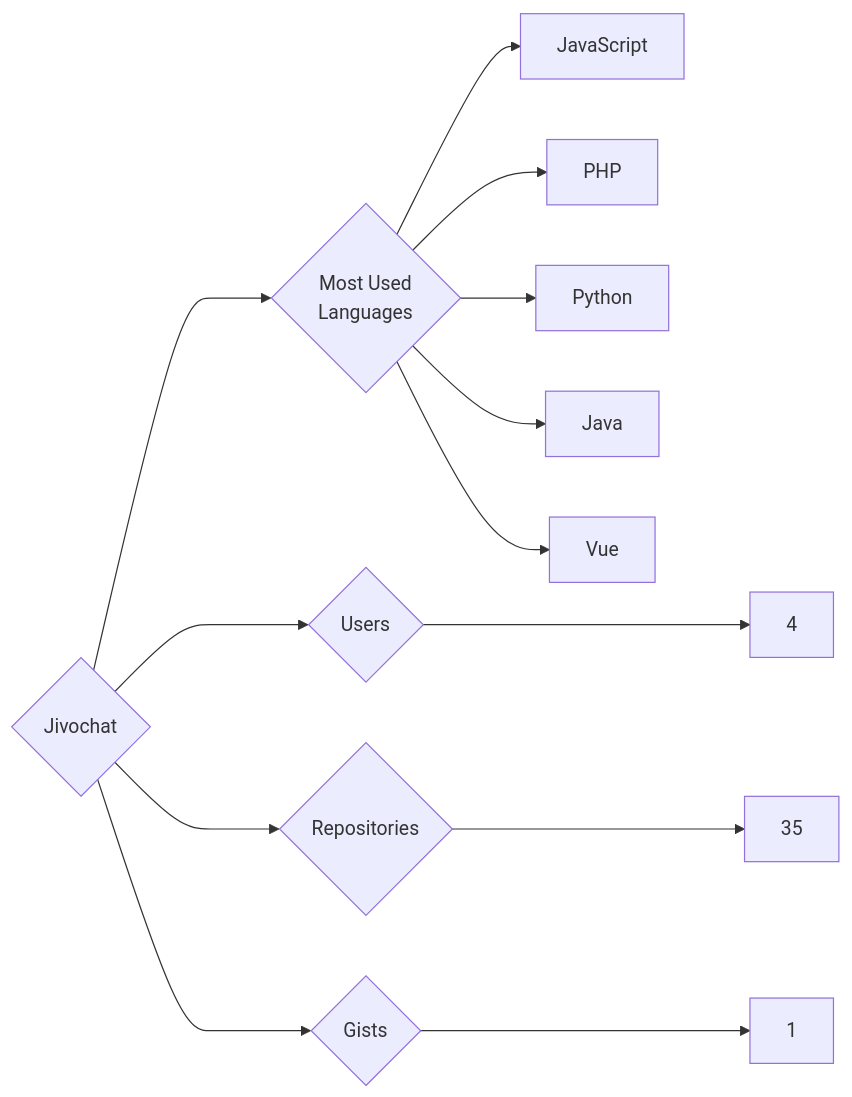
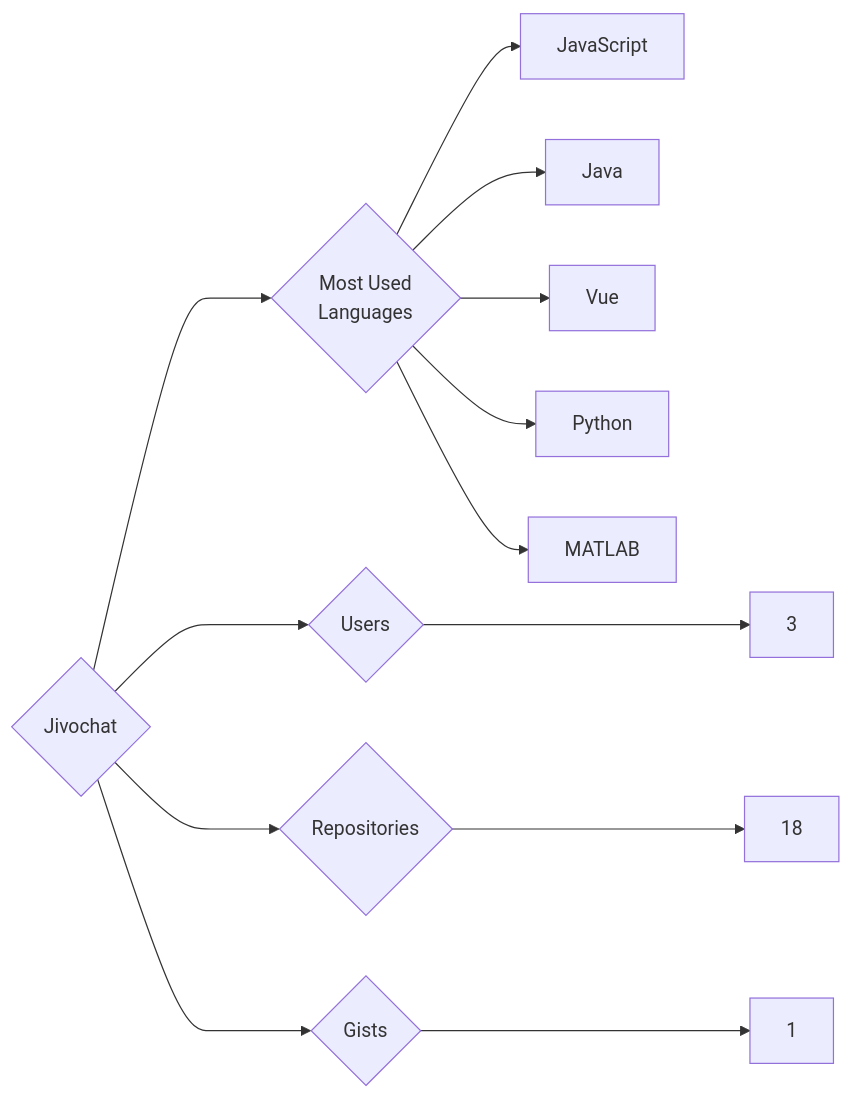
One commit to trickest/insiders changed the diagram in targets/Jivochat/README.md. Above: the diagram before and after it, drawn with Mermaid. The commit also changed 965 other files, not shown here.

````diff
--- a/targets/Jivochat/README.md
+++ b/targets/Jivochat/README.md
@@ -3,13 +3,13 @@
 ```mermaid
 graph LR
 COMPANY_NAME{Jivochat}
-COMPANY_NAME ---> U{Users} ---> UN[4]
-COMPANY_NAME ---> R{Repositories} ---> RN[35]
+COMPANY_NAME ---> U{Users} ---> UN[3]
+COMPANY_NAME ---> R{Repositories} ---> RN[18]
 COMPANY_NAME ---> G{Gists} ---> GN[1]
 COMPANY_NAME ---> ML{Most Used<br>Languages}
 ML --> JavaScript[JavaScript]
-ML --> PHP[PHP]
-ML --> Python[Python]
 ML --> Java[Java]
 ML --> Vue[Vue]
+ML --> Python[Python]
+ML --> MATLAB[MATLAB]
 ```
````
